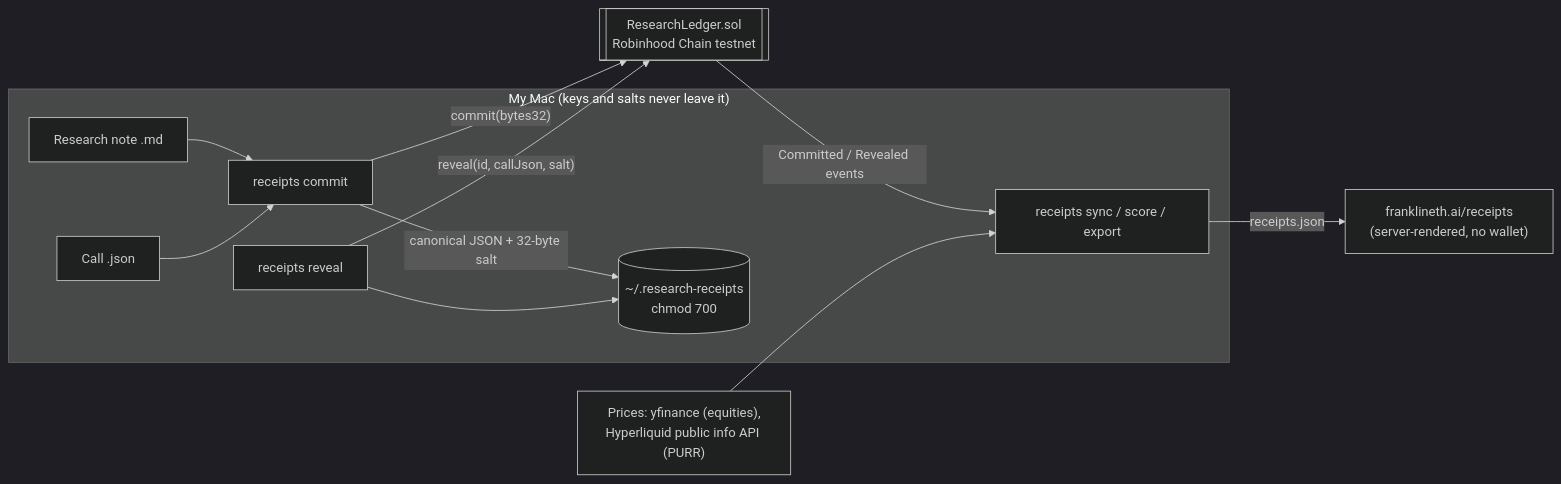
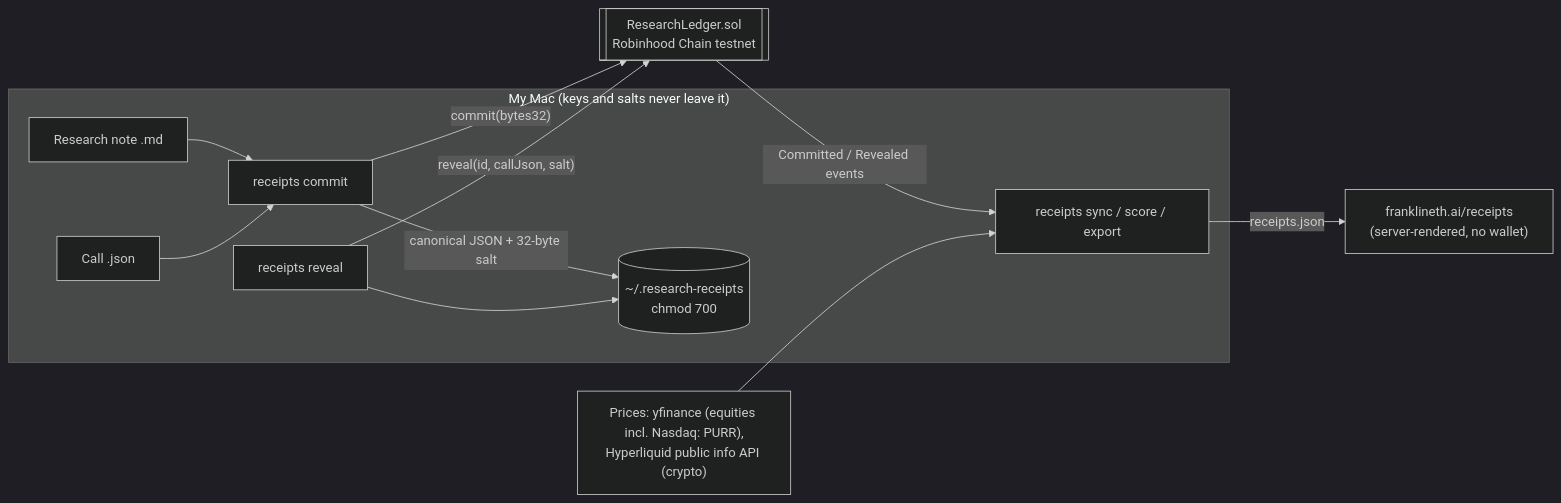
The diagram in README.md (CoinfluencerX/research-receipts), drawn with Mermaid (dark theme) before and after one commit. The commit also changed 5 other files, not shown here.

First line of the commit message:
prices: PURR source follows asset_type (crypto = Hyperliquid spot, equity = Nasdaq: PURR)

````diff
--- a/README.md
+++ b/README.md
@@ -25,15 +25,15 @@
 ```mermaid
 flowchart LR
   subgraph Mac["My Mac (keys and salts never leave it)"]
     N[Research note .md] --> C["receipts commit"]
     J[Call .json] --> C
     C -->|canonical JSON + 32-byte salt| S[("~/.research-receipts<br/>chmod 700")]
     R["receipts reveal"] --> S
     Y["receipts sync / score / export"]
   end
   C -->|"commit(bytes32)"| L[["ResearchLedger.sol<br/>Robinhood Chain testnet"]]
   R -->|"reveal(id, callJson, salt)"| L
   L -->|Committed / Revealed events| Y
-  P["Prices: yfinance (equities),<br/>Hyperliquid public info API (PURR)"] --> Y
+  P["Prices: yfinance (equities incl. Nasdaq: PURR),<br/>Hyperliquid public info API (crypto)"] --> Y
   Y -->|receipts.json| W["franklineth.ai/receipts<br/>(server-rendered, no wallet)"]
 ```
````
